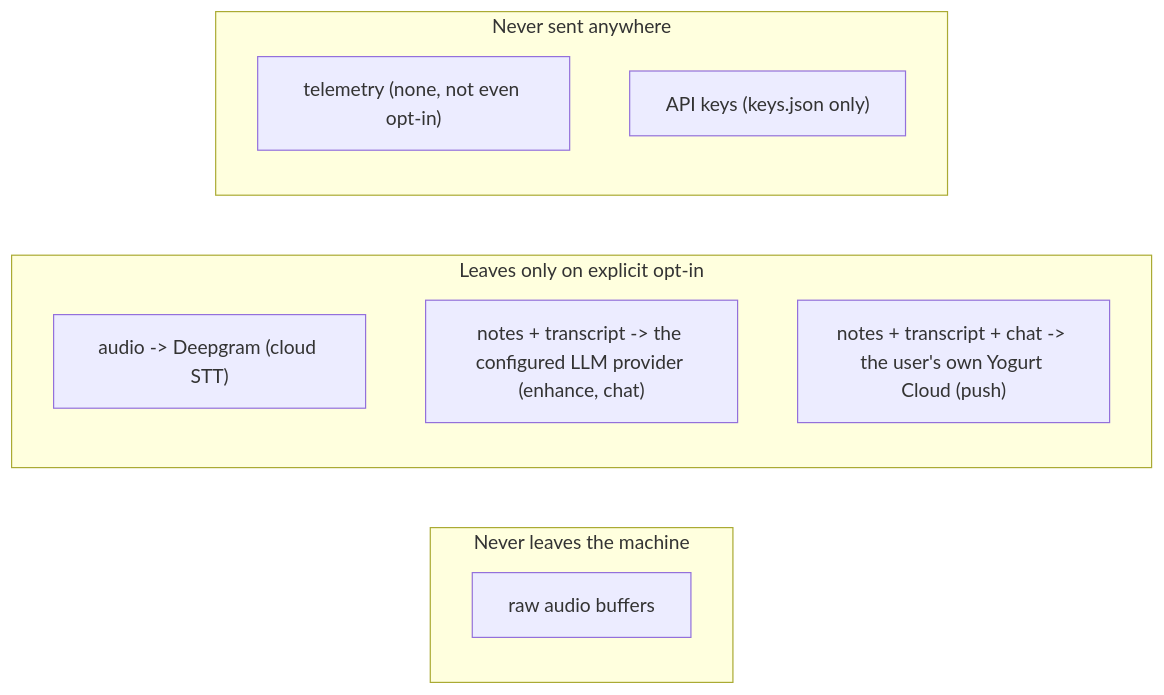
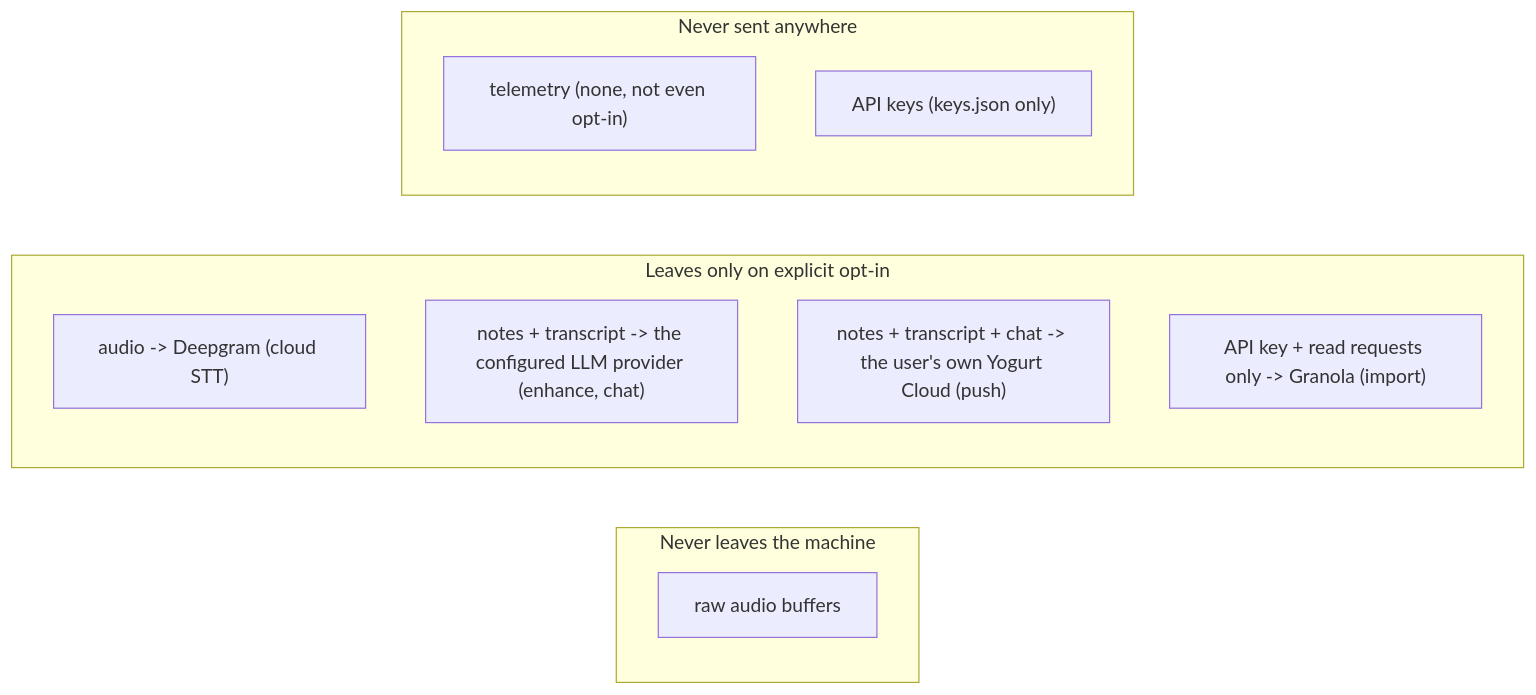
Before and after one commit to jarvisrchen/yogurt: diagram 11 of 13 in docs/ARCHITECTURE.md, drawn with Mermaid. The commit also changed other lines of this file and 35 other files, not shown here.

First line of the commit message:
IMP-2: Import Granola meetings through the public API (#168)

````diff
--- a/docs/ARCHITECTURE.md
+++ b/docs/ARCHITECTURE.md
@@ -643,15 +647,16 @@
 ```mermaid
 graph LR
     subgraph Local["Never leaves the machine"]
         AUDIOB["raw audio buffers"]
     end
     subgraph Opt["Leaves only on explicit opt-in"]
         AU["audio -> Deepgram (cloud STT)"]
         TR["notes + transcript -> the configured LLM provider (enhance, chat)"]
         CL["notes + transcript + chat -> the user's own Yogurt Cloud (push)"]
+        GRN["API key + read requests only -> Granola (import)"]
     end
     subgraph Never["Never sent anywhere"]
         TEL["telemetry (none, not even opt-in)"]
         KEYS["API keys (keys.json only)"]
     end
 ```
````
